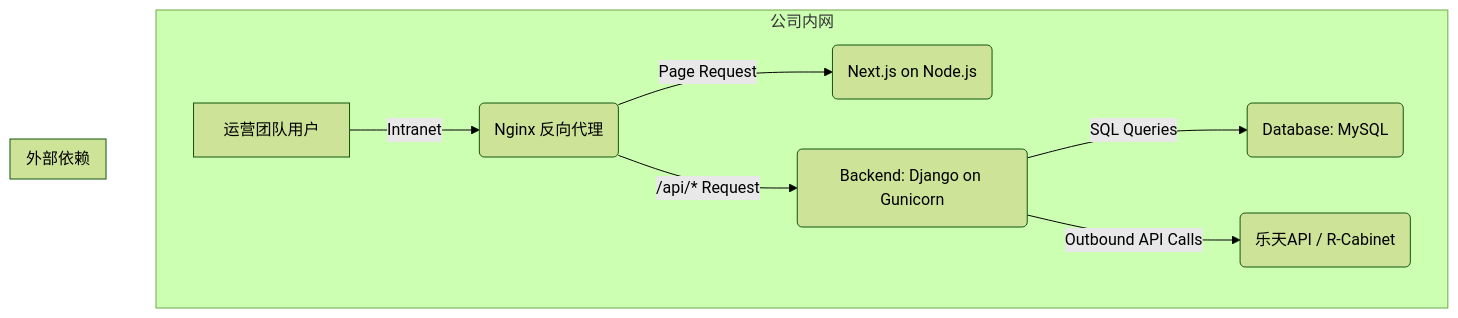
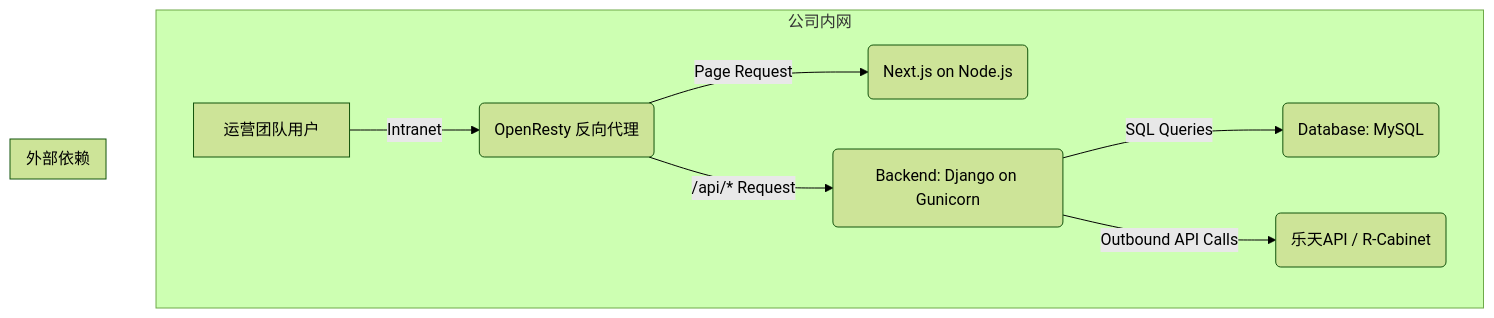
Before and after one commit to mkblbj/pagemaker: the first of 4 diagrams in docs/architect-requirements.md, drawn with Mermaid (forest theme). The commit also changed other lines of this file and 12 other files, not shown here.

````diff
--- a/docs/architect-requirements.md
+++ b/docs/architect-requirements.md
@@ -41,16 +41,16 @@
 ```mermaid
 graph TD
     subgraph "公司内网"
-        User[运营团队用户] -->|Intranet| Nginx(Nginx 反向代理);
-        
-        Nginx -->|Page Request| FE(Next.js on Node.js);
-        Nginx -->|/api/* Request| BE(Backend: Django on Gunicorn);
+        User[运营团队用户] -->|Intranet| OpenResty(OpenResty 反向代理);
+
+OpenResty -->|Page Request| FE(Next.js on Node.js);
+OpenResty -->|/api/* Request| BE(Backend: Django on Gunicorn);
         
         BE -->|SQL Queries| DB(Database: MySQL);
         BE -->|Outbound API Calls| Rakuten(乐天API / R-Cabinet);
     end
 
     subgraph "外部依赖"
         Rakuten
     end
 ```
````
